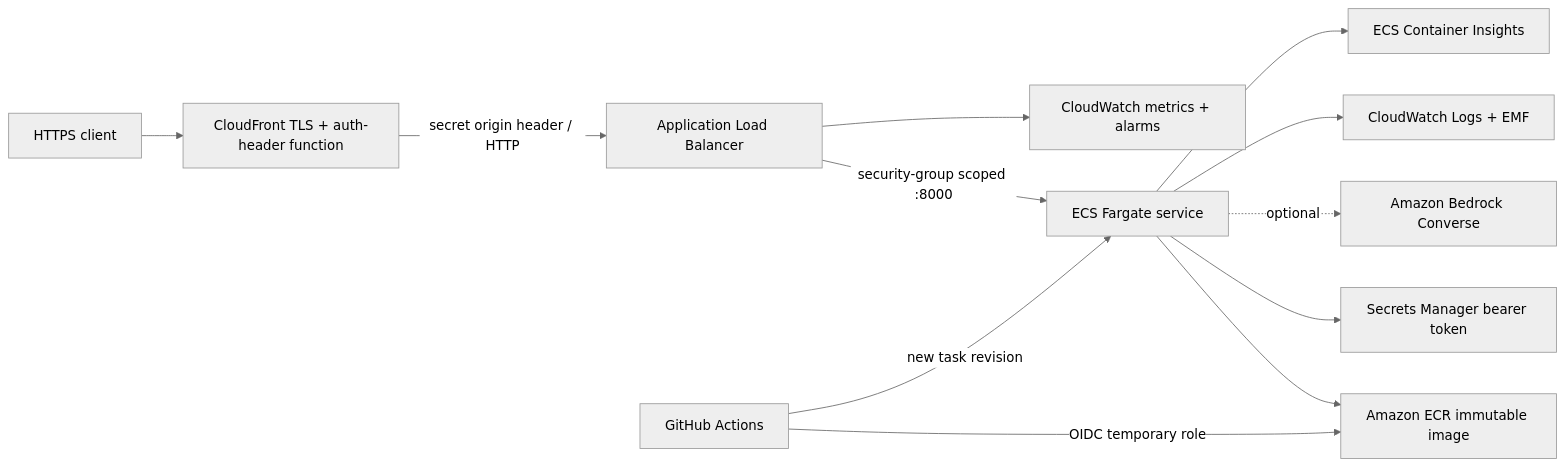
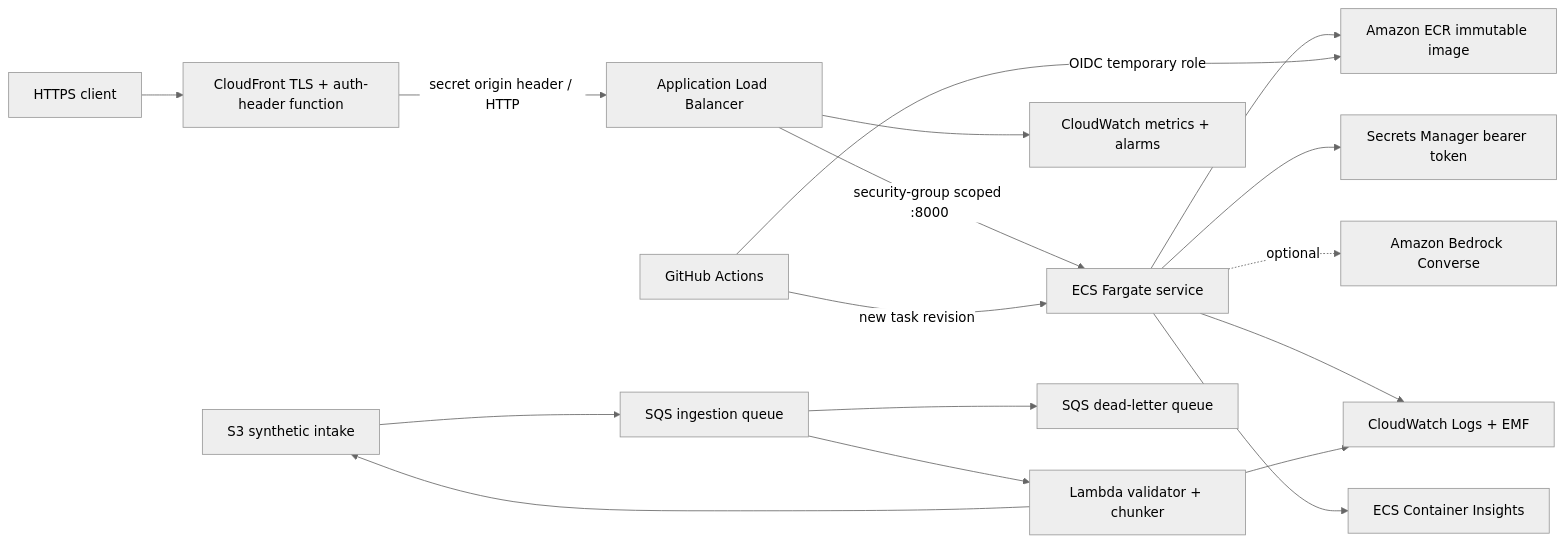
One commit to AlienEslami/PolicyFlow-Agents changed the diagram in docs/AWS_ARCHITECTURE.md. Above: the diagram before and after it, drawn with Mermaid (neutral theme). The commit also changed other lines of this file and 38 other files, not shown here.

````diff
--- a/docs/AWS_ARCHITECTURE.md
+++ b/docs/AWS_ARCHITECTURE.md
@@ -6,14 +6,19 @@
 ```mermaid
 flowchart LR
   C[HTTPS client] --> CF[CloudFront TLS + auth-header function]
   CF -->|secret origin header / HTTP| ALB[Application Load Balancer]
   ALB -->|security-group scoped :8000| ECS[ECS Fargate service]
   ECS --> ECR[Amazon ECR immutable image]
   ECS --> SM[Secrets Manager bearer token]
   ECS -. optional .-> BR[Amazon Bedrock Converse]
   ECS --> CWL[CloudWatch Logs + EMF]
   ECS --> CWI[ECS Container Insights]
   ALB --> CWM[CloudWatch metrics + alarms]
+  S3[S3 synthetic intake] --> SQS[SQS ingestion queue]
+  SQS --> L[Lambda validator + chunker]
+  SQS --> DLQ[SQS dead-letter queue]
+  L --> S3
+  L --> CWL
   GH[GitHub Actions] -->|OIDC temporary role| ECR
   GH -->|new task revision| ECS
 ```
````
